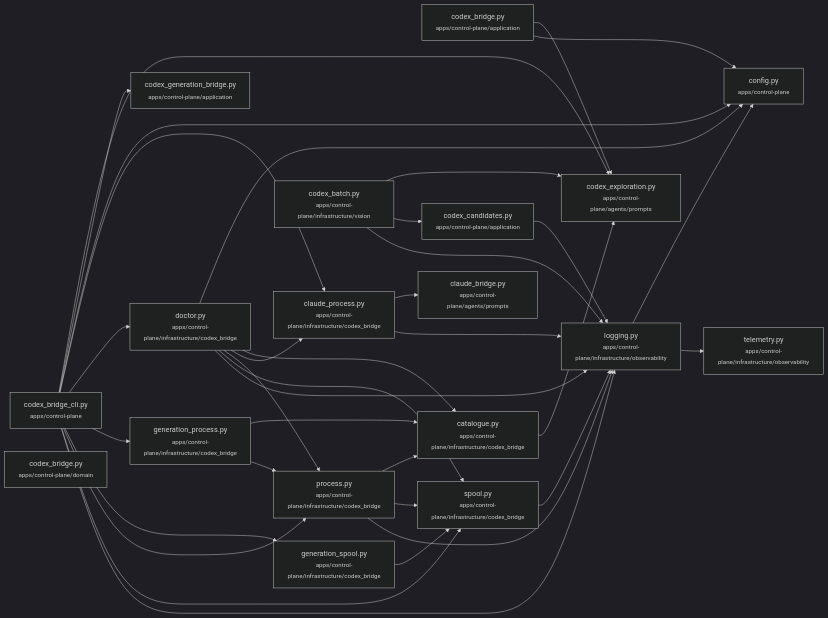
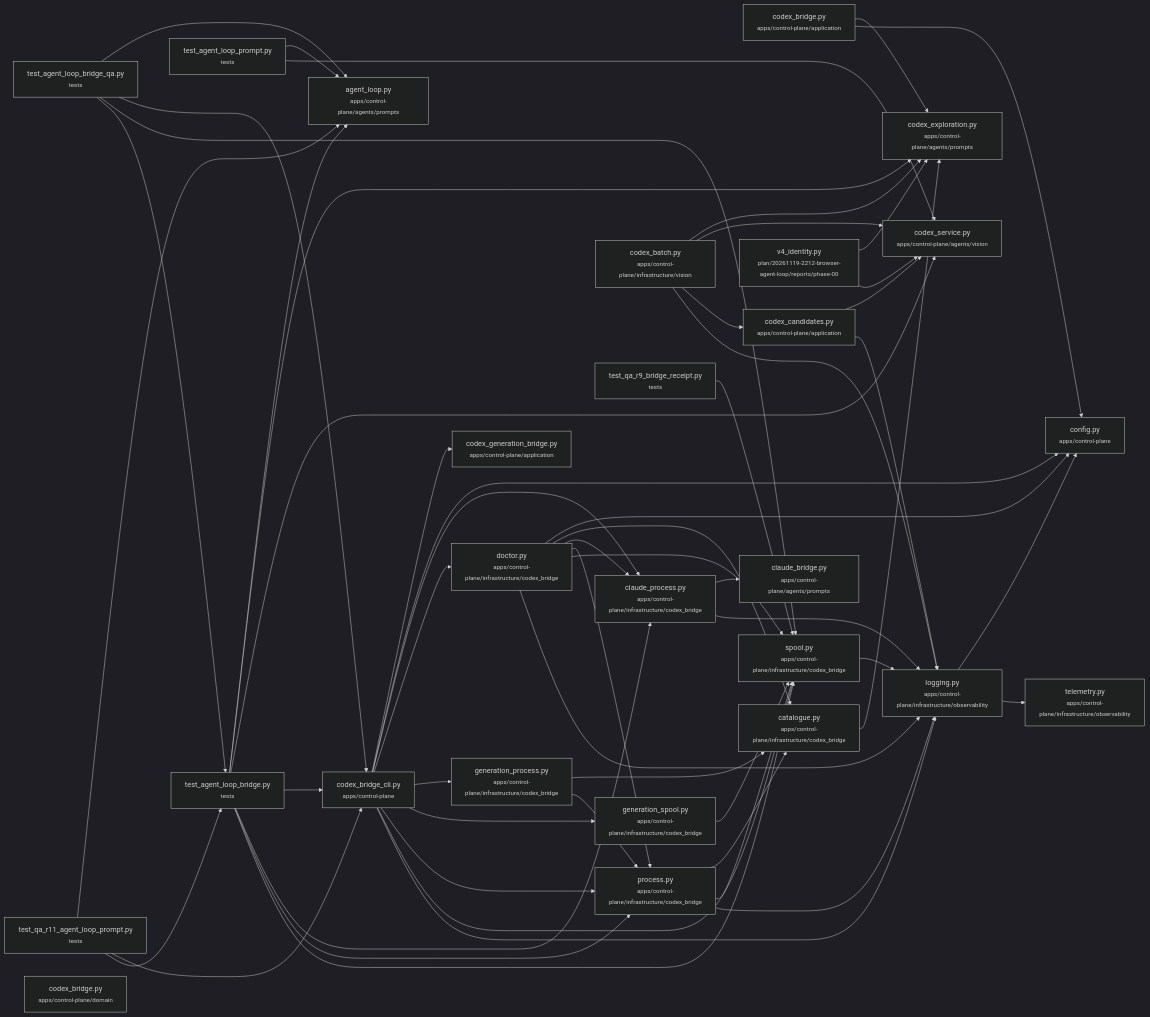
The diagram in auto-at-ui/docs/graphs/codex-bridge.md (HenSanInDuty/agent-automation-testing), drawn with Mermaid (dark theme) before and after one commit. The commit also changed other lines of this file and 267 other files, not shown here.

First line of the commit message:
feat: add agent-loop Vision engine with accuracy evidence and settle tolerance

````diff
--- a/auto-at-ui/docs/graphs/codex-bridge.md
+++ b/auto-at-ui/docs/graphs/codex-bridge.md
@@ -114,52 +140,80 @@
   n1["codex_exploration.py<br/><small>apps/control-plane/agents/prompts</small>"]
   n2["config.py<br/><small>apps/control-plane</small>"]
   n3["codex_candidates.py<br/><small>apps/control-plane/application</small>"]
-  n4["logging.py<br/><small>apps/control-plane/infrastructure/observability</small>"]
-  n5["codex_bridge_cli.py<br/><small>apps/control-plane</small>"]
-  n6["codex_generation_bridge.py<br/><small>apps/control-plane/application</small>"]
-  n7["claude_process.py<br/><small>apps/control-plane/infrastructure/codex_bridge</small>"]
-  n8["doctor.py<br/><small>apps/control-plane/infrastructure/codex_bridge</small>"]
-  n9["generation_process.py<br/><small>apps/control-plane/infrastructure/codex_bridge</small>"]
-  n10["generation_spool.py<br/><small>apps/control-plane/infrastructure/codex_bridge</small>"]
-  n11["process.py<br/><small>apps/control-plane/infrastructure/codex_bridge</small>"]
-  n12["spool.py<br/><small>apps/control-plane/infrastructure/codex_bridge</small>"]
-  n13["catalogue.py<br/><small>apps/control-plane/infrastructure/codex_bridge</small>"]
-  n14["claude_bridge.py<br/><small>apps/control-plane/agents/prompts</small>"]
-  n15["telemetry.py<br/><small>apps/control-plane/infrastructure/observability</small>"]
-  n16["codex_batch.py<br/><small>apps/control-plane/infrastructure/vision</small>"]
-  n17["codex_bridge.py<br/><small>apps/control-plane/domain</small>"]
+  n4["codex_service.py<br/><small>apps/control-plane/agents/vision</small>"]
+  n5["logging.py<br/><small>apps/control-plane/infrastructure/observability</small>"]
+  n6["codex_bridge_cli.py<br/><small>apps/control-plane</small>"]
+  n7["codex_generation_bridge.py<br/><small>apps/control-plane/application</small>"]
+  n8["claude_process.py<br/><small>apps/control-plane/infrastructure/codex_bridge</small>"]
+  n9["doctor.py<br/><small>apps/control-plane/infrastructure/codex_bridge</small>"]
+  n10["generation_process.py<br/><small>apps/control-plane/infrastructure/codex_bridge</small>"]
+  n11["generation_spool.py<br/><small>apps/control-plane/infrastructure/codex_bridge</small>"]
+  n12["process.py<br/><small>apps/control-plane/infrastructure/codex_bridge</small>"]
+  n13["spool.py<br/><small>apps/control-plane/infrastructure/codex_bridge</small>"]
+  n14["catalogue.py<br/><small>apps/control-plane/infrastructure/codex_bridge</small>"]
+  n15["claude_bridge.py<br/><small>apps/control-plane/agents/prompts</small>"]
+  n16["telemetry.py<br/><small>apps/control-plane/infrastructure/observability</small>"]
+  n17["codex_batch.py<br/><small>apps/control-plane/infrastructure/vision</small>"]
+  n18["v4_identity.py<br/><small>plan/20261119-2212-browser-agent-loop/reports/phase-00</small>"]
+  n19["test_agent_loop_bridge.py<br/><small>tests</small>"]
+  n20["agent_loop.py<br/><small>apps/control-plane/agents/prompts</small>"]
+  n21["test_agent_loop_bridge_qa.py<br/><small>tests</small>"]
+  n22["test_agent_loop_prompt.py<br/><small>tests</small>"]
+  n23["test_qa_r11_agent_loop_prompt.py<br/><small>tests</small>"]
+  n24["test_qa_r9_bridge_receipt.py<br/><small>tests</small>"]
+  n25["codex_bridge.py<br/><small>apps/control-plane/domain</small>"]
   n0 --> n1
   n0 --> n2
   n3 --> n4
-  n5 --> n1
-  n5 --> n6
-  n5 --> n2
-  n5 --> n7
-  n5 --> n8
-  n5 --> n9
-  n5 --> n10
-  n5 --> n11
-  n5 --> n12
-  n5 --> n4
-  n13 --> n1
-  n7 --> n14
-  n7 --> n4
-  n8 --> n2
-  n8 --> n13
-  n8 --> n7
-  n8 --> n11
-  n8 --> n12
-  n8 --> n4
+  n3 --> n5
+  n6 --> n7
+  n6 --> n2
+  n6 --> n8
+  n6 --> n9
+  n6 --> n10
+  n6 --> n11
+  n6 --> n12
+  n6 --> n13
+  n6 --> n5
+  n14 --> n1
+  n8 --> n15
+  n8 --> n5
+  n9 --> n2
+  n9 --> n14
+  n9 --> n8
+  n9 --> n12
   n9 --> n13
-  n9 --> n11
+  n9 --> n5
+  n10 --> n14
   n10 --> n12
   n11 --> n13
-  n11 --> n12
-  n11 --> n4
-  n12 --> n4
-  n4 --> n2
-  n4 --> n15
-  n16 --> n1
-  n16 --> n3
-  n16 --> n4
+  n12 --> n14
+  n12 --> n13
+  n12 --> n5
+  n13 --> n5
+  n5 --> n2
+  n5 --> n16
+  n17 --> n1
+  n17 --> n4
+  n17 --> n3
+  n17 --> n5
+  n18 --> n1
+  n18 --> n4
+  n19 --> n20
+  n19 --> n1
+  n19 --> n4
+  n19 --> n6
+  n19 --> n8
+  n19 --> n12
+  n19 --> n13
+  n21 --> n20
+  n21 --> n6
+  n21 --> n13
+  n21 --> n19
+  n22 --> n20
+  n22 --> n4
+  n23 --> n20
+  n23 --> n6
+  n23 --> n19
+  n24 --> n13
 ```
````
